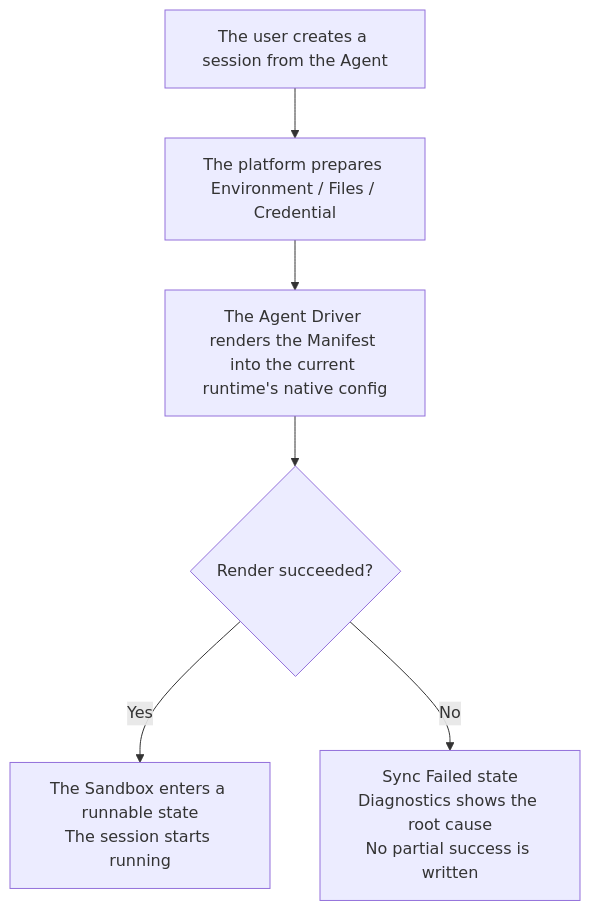
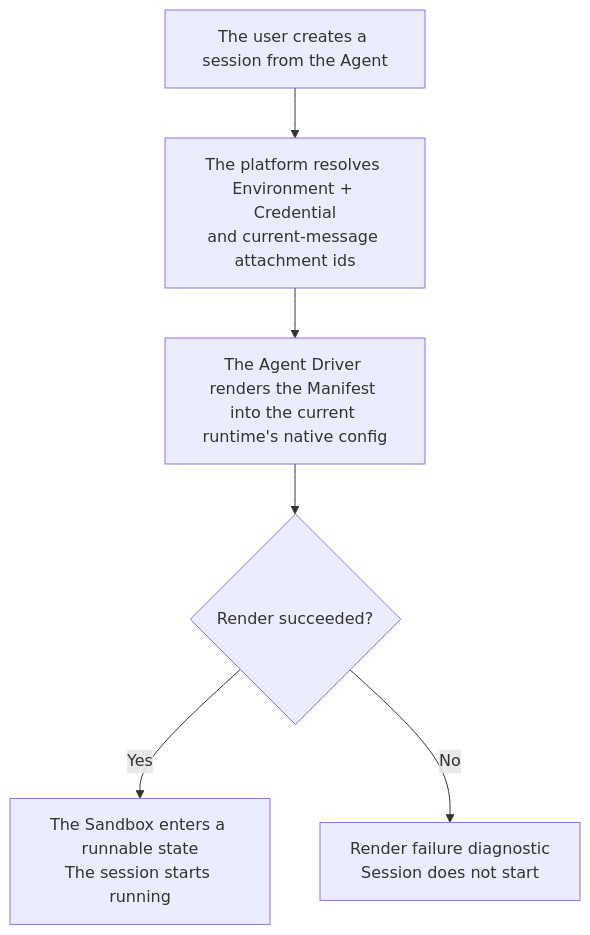
Before and after one commit to langgenius/mosoo: the third of 3 diagrams in docs/prd/agent-manifest.md, drawn with Mermaid. The commit also changed other lines of this file and 66 other files, not shown here.

````diff
--- a/docs/prd/agent-manifest.md
+++ b/docs/prd/agent-manifest.md
@@ -224,8 +256,8 @@
 ```mermaid
 flowchart TD
-  S1["The user creates a session from the Agent"] --> S2["The platform prepares Environment / Files / Credential"]
+  S1["The user creates a session from the Agent"] --> S2["The platform resolves Environment + Credential<br/>and current-message attachment ids"]
   S2 --> S3["The Agent Driver renders the Manifest into the current runtime's native config"]
   S3 --> S4{"Render succeeded?"}
   S4 -->|Yes| S5["The Sandbox enters a runnable state<br/>The session starts running"]
-  S4 -->|No| S6["Sync Failed state<br/>Diagnostics shows the root cause<br/>No partial success is written"]
+  S4 -->|No| S6["Render failure diagnostic<br/>Session does not start"]
 ```
````
